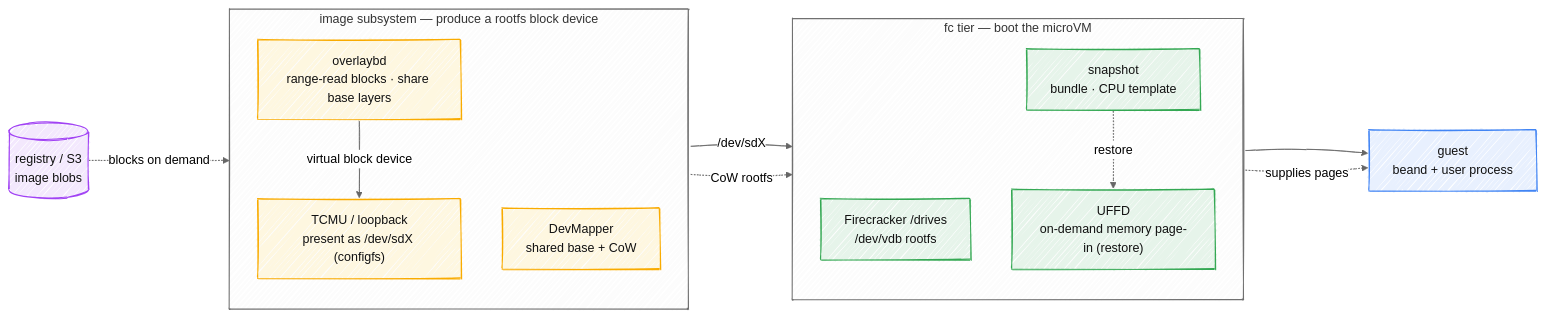
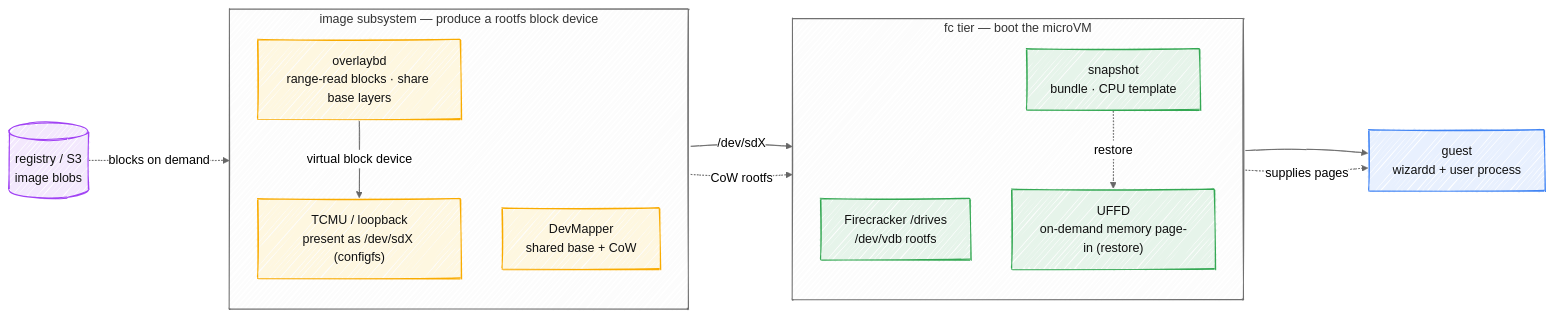
One commit to garysng/bean changed the second of 5 diagrams in docs/architecture-diagrams.md. Above: the diagram before and after it, drawn with Mermaid. The commit also changed other lines of this file and 326 other files, not shown here.

````diff
--- a/docs/architecture-diagrams.md
+++ b/docs/architecture-diagrams.md
@@ -88,44 +88,44 @@
 ```mermaid
 ---
 config:
   look: handDrawn
   theme: neutral
   flowchart:
     curve: basis
 ---
 flowchart LR
   REG[("registry / S3<br>image blobs")]
 
   subgraph IMG["image subsystem — produce a rootfs block device"]
     direction TB
     OBD["overlaybd<br>range-read blocks · share base layers"]
     DM["DevMapper<br>shared base + CoW"]
     TCMU["TCMU / loopback<br>present as /dev/sdX (configfs)"]
     OBD -- virtual block device --> TCMU
   end
 
   subgraph FC["fc tier — boot the microVM"]
     direction TB
     DRV["Firecracker /drives<br>/dev/vdb rootfs"]
     UFFD["UFFD<br>on-demand memory page-in (restore)"]
     SNAP["snapshot<br>bundle · CPU template"]
   end
 
-  GUEST["guest<br>beand + user process"]
+  GUEST["guest<br>wizardd + user process"]
 
   REG -. blocks on demand .-> OBD
   TCMU -- /dev/sdX --> DRV
   DM -. CoW rootfs .-> DRV
   DRV --> GUEST
   UFFD -. supplies pages .-> GUEST
   SNAP -. restore .-> UFFD
 
   classDef store fill:#F3E8FD,stroke:#A142F4,color:#111;
   classDef img fill:#FEF7E0,stroke:#F9AB00,color:#111;
   classDef rt fill:#E6F4EA,stroke:#34A853,color:#111;
   classDef run fill:#E8F0FE,stroke:#4285F4,color:#111;
   class REG store;
   class OBD,DM,TCMU img;
   class DRV,UFFD,SNAP rt;
   class GUEST run;
 ```
````
